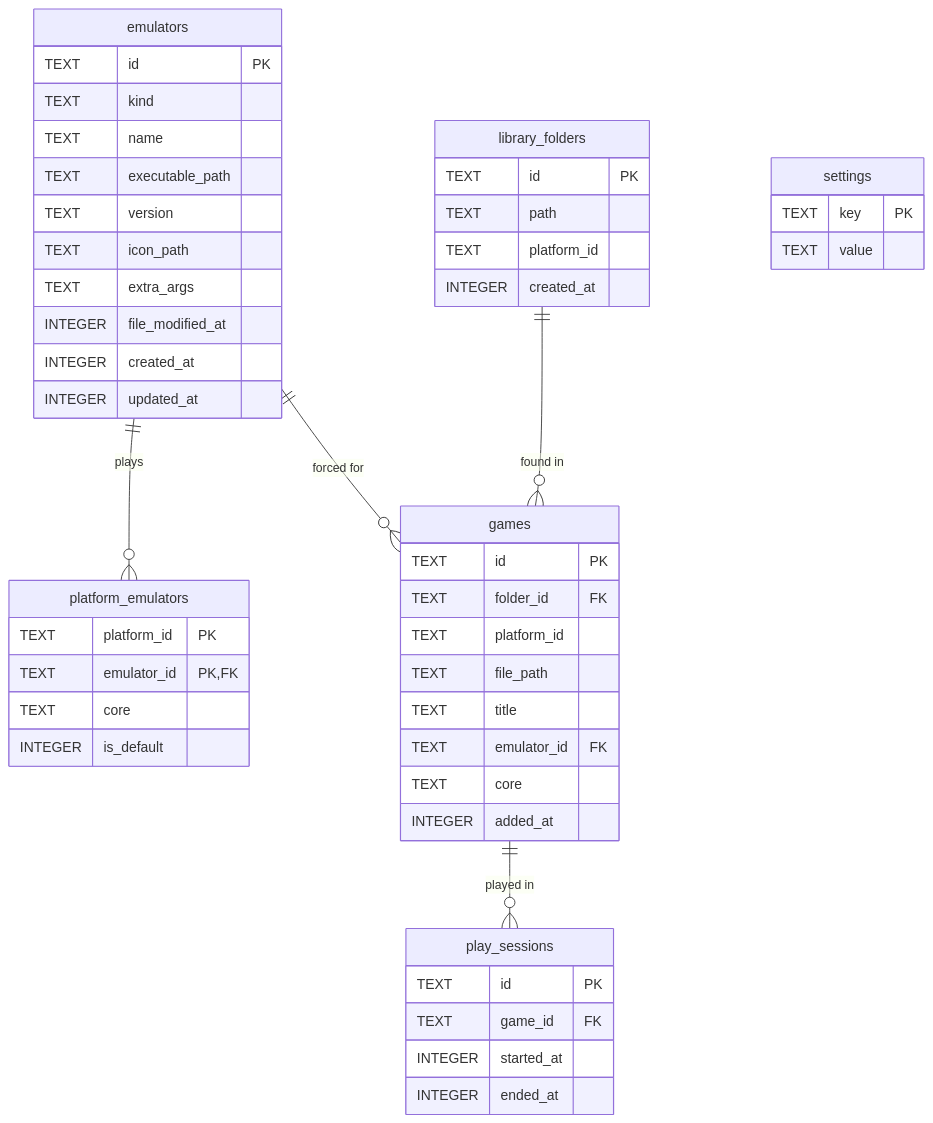
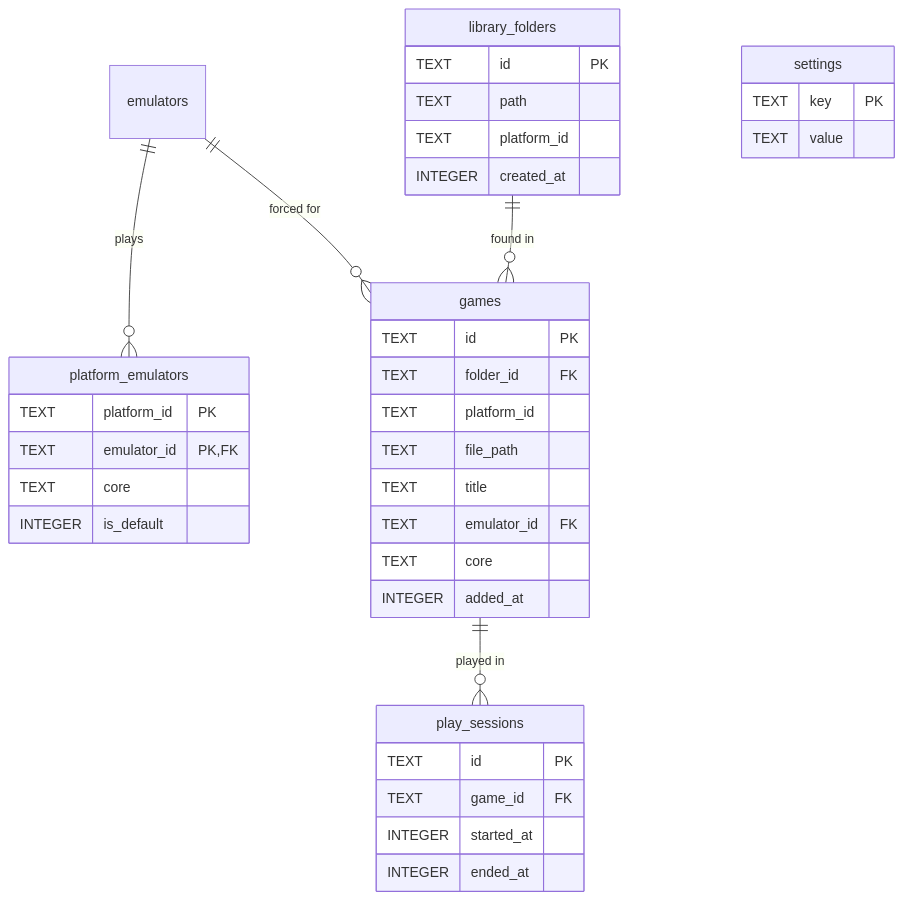
Before and after one commit to alexisiba/ilnamiki: the second of 2 diagrams in DATABASE.md, drawn with Mermaid. The commit also changed other lines of this file and 75 other files, not shown here.

````diff
--- a/DATABASE.md
+++ b/DATABASE.md
@@ -58,52 +91,40 @@
 ```mermaid
 erDiagram
     emulators ||--o{ platform_emulators : "plays"
     emulators ||--o{ games : "forced for"
     library_folders ||--o{ games : "found in"
     games ||--o{ play_sessions : "played in"
 
-    emulators {
-        TEXT id PK
-        TEXT kind
-        TEXT name
-        TEXT executable_path
-        TEXT version
-        TEXT icon_path
-        TEXT extra_args
-        INTEGER file_modified_at
-        INTEGER created_at
-        INTEGER updated_at
-    }
     platform_emulators {
         TEXT platform_id PK
         TEXT emulator_id PK, FK
         TEXT core
         INTEGER is_default
     }
     library_folders {
         TEXT id PK
         TEXT path
         TEXT platform_id
         INTEGER created_at
     }
     games {
         TEXT id PK
         TEXT folder_id FK
         TEXT platform_id
         TEXT file_path
         TEXT title
         TEXT emulator_id FK
         TEXT core
         INTEGER added_at
     }
     play_sessions {
         TEXT id PK
         TEXT game_id FK
         INTEGER started_at
         INTEGER ended_at
     }
     settings {
         TEXT key PK
         TEXT value
     }
 ```
````
